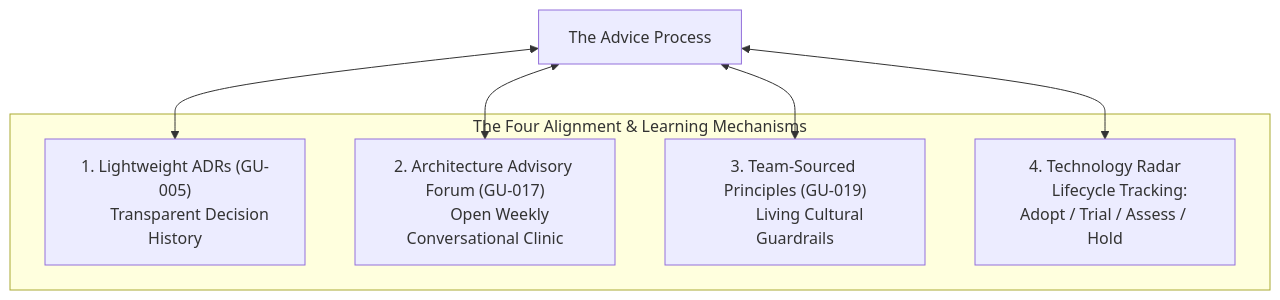
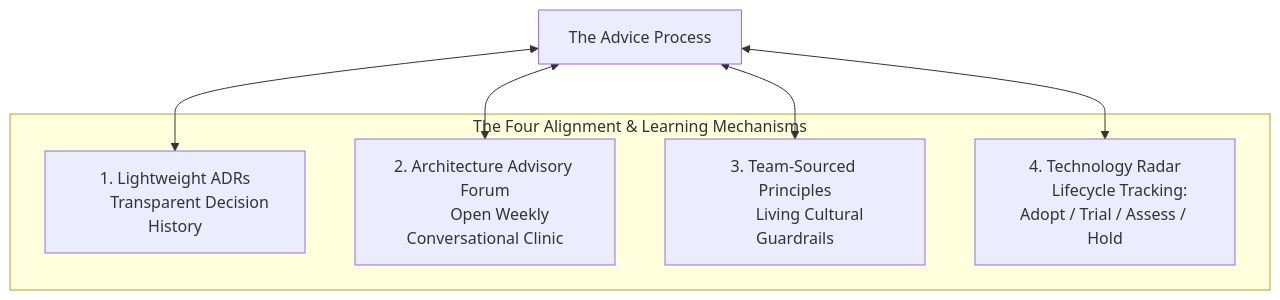
The first of 2 diagrams in content/guides/scaling-architecture/02-alignment-mechanisms.md (markbac/markbac.github.io), drawn with Mermaid before and after one commit. The commit also changed other lines of this file and 21 other files, not shown here.

First line of the commit message:
Handbook: move in technical-documentation's architecture handbook, and publish the section

````diff
--- a/content/guides/scaling-architecture/02-alignment-mechanisms.md
+++ b/content/guides/scaling-architecture/02-alignment-mechanisms.md
@@ -9,18 +9,18 @@
 ```mermaid
 flowchart TD
     AP[The Advice Process]
     subgraph Mechanisms["The Four Alignment & Learning Mechanisms"]
-        ADR["1. Lightweight ADRs (GU-005)
+        ADR["1. Lightweight ADRs
         Transparent Decision History"]
-        AAF["2. Architecture Advisory Forum (GU-017)
+        AAF["2. Architecture Advisory Forum
         Open Weekly Conversational Clinic"]
-        PRIN["3. Team-Sourced Principles (GU-019)
+        PRIN["3. Team-Sourced Principles
         Living Cultural Guardrails"]
         RADAR["4. Technology Radar
         Lifecycle Tracking: Adopt / Trial / Assess / Hold"]
     end
     AP <--> ADR
     AP <--> AAF
     AP <--> PRIN
     AP <--> RADAR
 ```
````
